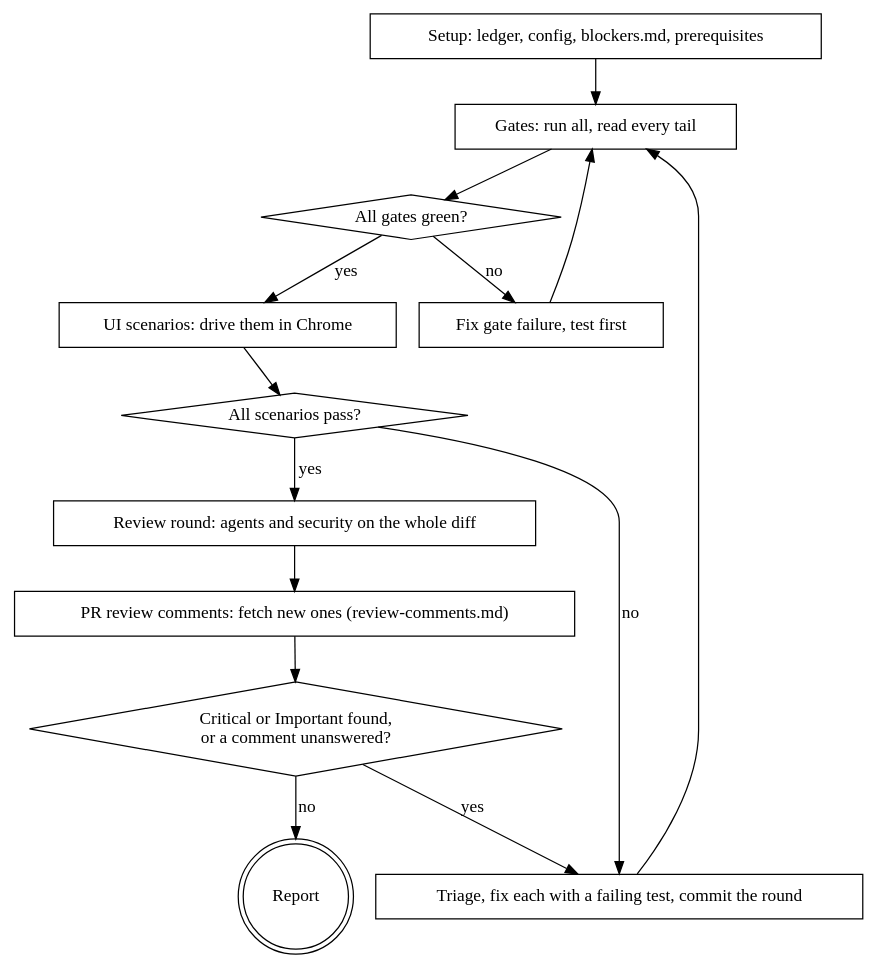
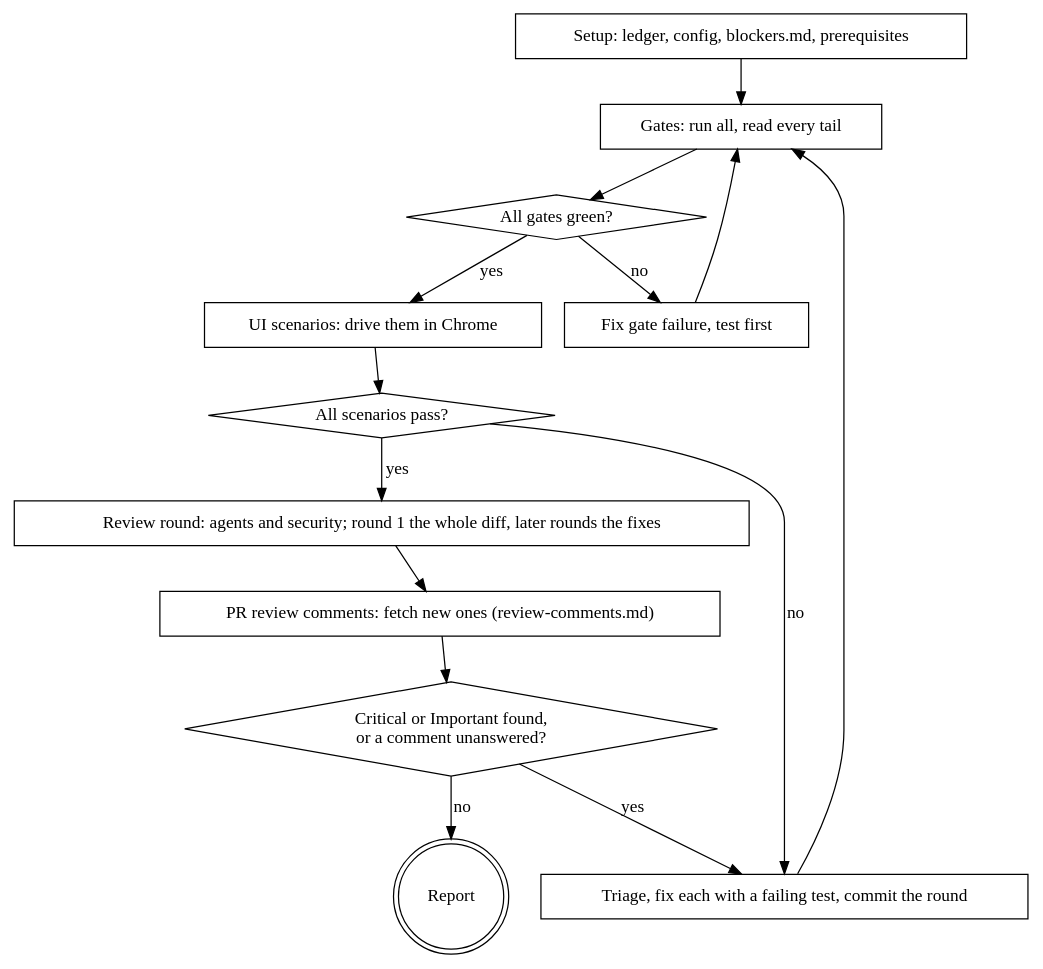
Before and after one commit to tarmopr/ai-skills: the diagram in skills/verify-and-fix/SKILL.md, drawn with Graphviz. The commit also changed other lines of this file and 2 other files, not shown here.

First line of the commit message:
feat(verify-and-fix): size the review panel, delta rounds, final review is round 1

````diff
--- a/skills/verify-and-fix/SKILL.md
+++ b/skills/verify-and-fix/SKILL.md
@@ -74,29 +74,29 @@
 ```dot
 digraph loop {
   "Setup: ledger, config, blockers.md, prerequisites" [shape=box];
   "Gates: run all, read every tail" [shape=box];
   "All gates green?" [shape=diamond];
   "Fix gate failure, test first" [shape=box];
-  "Review round: agents on the whole diff" [shape=box, label="Review round: agents and security on the whole diff"];
+  "Review round: agents on the whole diff" [shape=box, label="Review round: agents and security; round 1 the whole diff, later rounds the fixes"];
   "Critical or Important found?" [shape=diamond, label="Critical or Important found,\nor a comment unanswered?"];
   "Triage, fix each with a failing test, commit the round" [shape=box];
   "Report" [shape=doublecircle];
 
   "Setup: ledger, config, blockers.md, prerequisites" -> "Gates: run all, read every tail";
   "Gates: run all, read every tail" -> "All gates green?";
   "All gates green?" -> "Fix gate failure, test first" [label="no"];
   "Fix gate failure, test first" -> "Gates: run all, read every tail";
   "UI scenarios: drive them in Chrome" [shape=box];
   "All scenarios pass?" [shape=diamond];
   "All gates green?" -> "UI scenarios: drive them in Chrome" [label="yes"];
   "UI scenarios: drive them in Chrome" -> "All scenarios pass?";
   "All scenarios pass?" -> "Triage, fix each with a failing test, commit the round" [label="no"];
   "All scenarios pass?" -> "Review round: agents on the whole diff" [label="yes"];
   "PR review comments: fetch new ones (review-comments.md)" [shape=box];
   "Review round: agents on the whole diff" -> "PR review comments: fetch new ones (review-comments.md)";
   "PR review comments: fetch new ones (review-comments.md)" -> "Critical or Important found?";
   "Critical or Important found?" -> "Triage, fix each with a failing test, commit the round" [label="yes"];
   "Triage, fix each with a failing test, commit the round" -> "Gates: run all, read every tail";
   "Critical or Important found?" -> "Report" [label="no"];
 }
 ```
````
